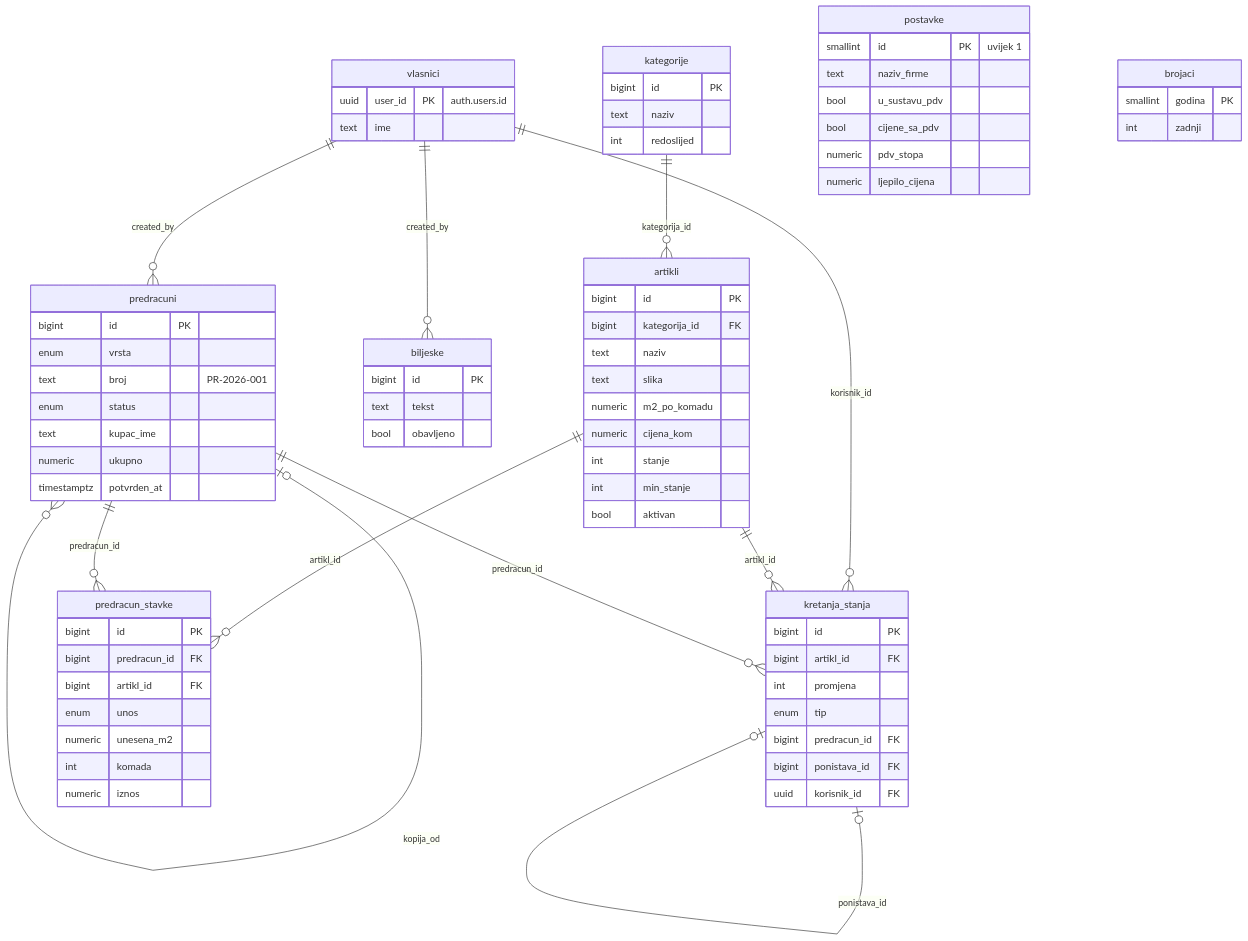
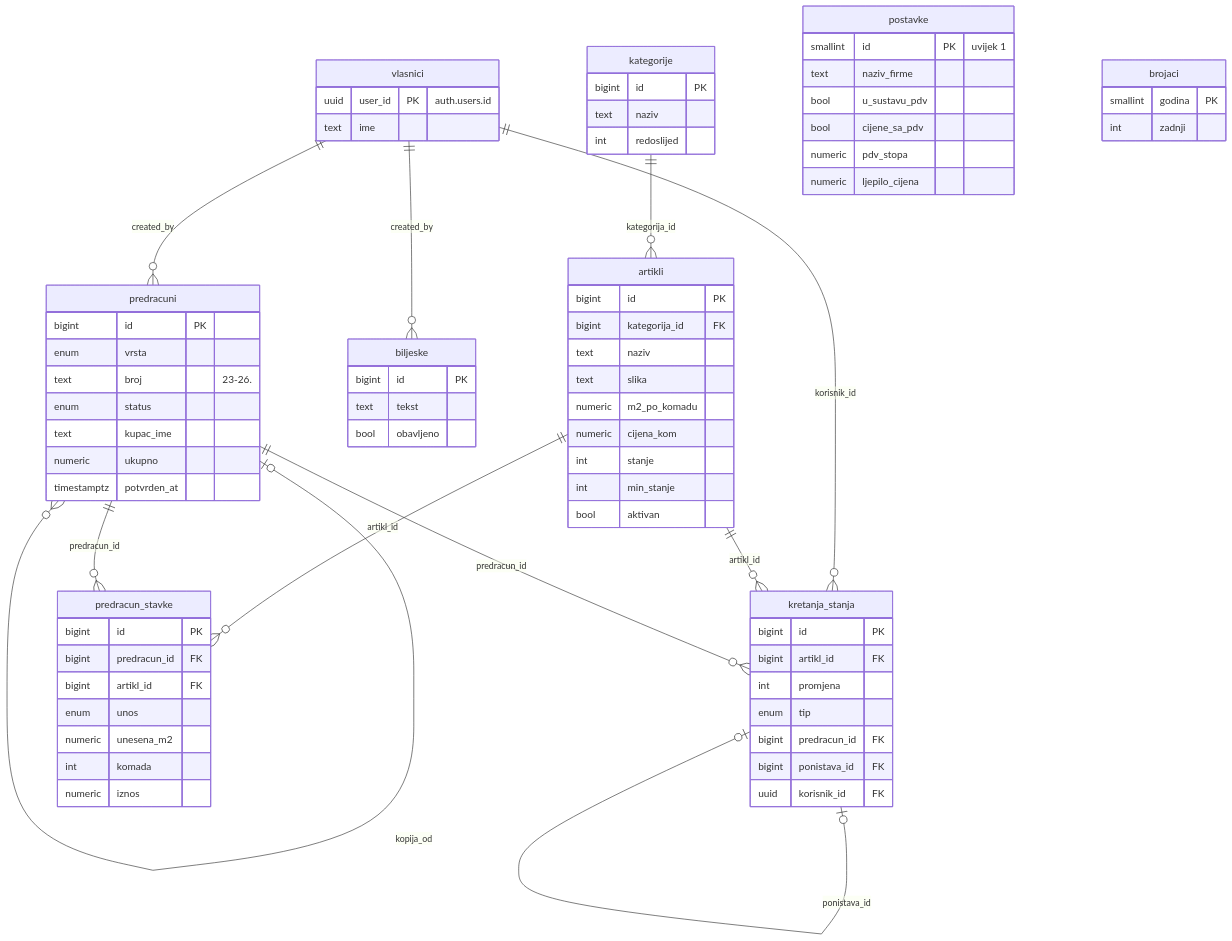
One commit to ramljakkresimir/obloga changed the diagram in docs/DB.md. Above: the diagram before and after it, drawn with Mermaid. The commit also changed other lines of this file and 35 other files, not shown here.

````diff
--- a/docs/DB.md
+++ b/docs/DB.md
@@ -25,78 +25,78 @@
 ```mermaid
 erDiagram
   vlasnici ||--o{ kretanja_stanja : "korisnik_id"
   vlasnici ||--o{ predracuni : "created_by"
   vlasnici ||--o{ biljeske : "created_by"
   kategorije ||--o{ artikli : "kategorija_id"
   artikli ||--o{ kretanja_stanja : "artikl_id"
   artikli ||--o{ predracun_stavke : "artikl_id"
   predracuni ||--o{ predracun_stavke : "predracun_id"
   predracuni ||--o{ kretanja_stanja : "predracun_id"
   predracuni |o--o{ predracuni : "kopija_od"
   kretanja_stanja |o--o| kretanja_stanja : "ponistava_id"
 
   vlasnici {
     uuid user_id PK "auth.users.id"
     text ime
   }
   postavke {
     smallint id PK "uvijek 1"
     text naziv_firme
     bool u_sustavu_pdv
     bool cijene_sa_pdv
     numeric pdv_stopa
     numeric ljepilo_cijena
   }
   kategorije {
     bigint id PK
     text naziv
     int redoslijed
   }
   artikli {
     bigint id PK
     bigint kategorija_id FK
     text naziv
     text slika
     numeric m2_po_komadu
     numeric cijena_kom
     int stanje
     int min_stanje
     bool aktivan
   }
   kretanja_stanja {
     bigint id PK
     bigint artikl_id FK
     int promjena
     enum tip
     bigint predracun_id FK
     bigint ponistava_id FK
     uuid korisnik_id FK
   }
   brojaci {
     smallint godina PK
     int zadnji
   }
   predracuni {
     bigint id PK
     enum vrsta
-    text broj "PR-2026-001"
+    text broj "23-26."
     enum status
     text kupac_ime
     numeric ukupno
     timestamptz potvrden_at
   }
   predracun_stavke {
     bigint id PK
     bigint predracun_id FK
     bigint artikl_id FK
     enum unos
     numeric unesena_m2
     int komada
     numeric iznos
   }
   biljeske {
     bigint id PK
     text tekst
     bool obavljeno
   }
 ```
````
